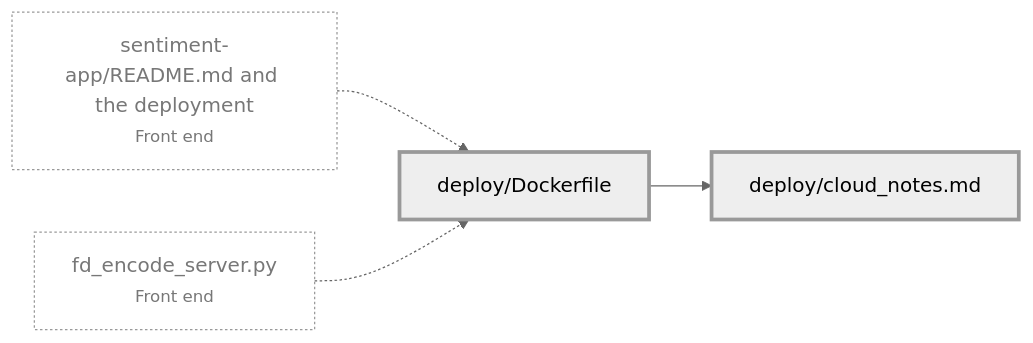
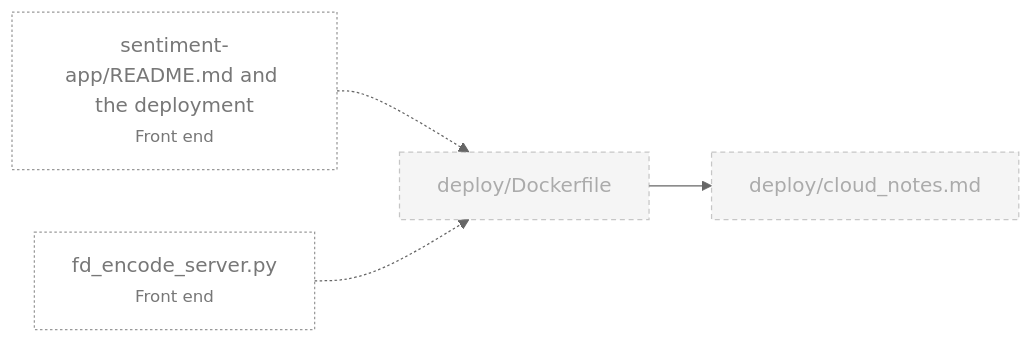
Before and after one commit to hputhireth/Technology-and-Design: the seventh of 9 diagrams in docs/PIPELINE.md, drawn with Mermaid (neutral theme). The commit also changed other lines of this file and 12 other files, not shown here.

````diff
--- a/docs/PIPELINE.md
+++ b/docs/PIPELINE.md
@@ -259,15 +258,15 @@
 ```mermaid
 flowchart LR
   e6["sentiment-app/README.md and the deployment<br/><small>Front end</small>"]
   e3["fd_encode_server.py<br/><small>Front end</small>"]
   f1["deploy/Dockerfile"]
   f2["deploy/cloud_notes.md"]
   e6 -.-> f1
   e3 -.-> f1
   f1 --> f2
   classDef cancelled stroke-dasharray: 4 3,opacity:0.55
   classDef live stroke-width:3px
   classDef other stroke-dasharray: 2 2,fill:none,color:#777
-  class f1,f2 live
+  class f1,f2 cancelled
   class e3,e6 other
 ```
````
